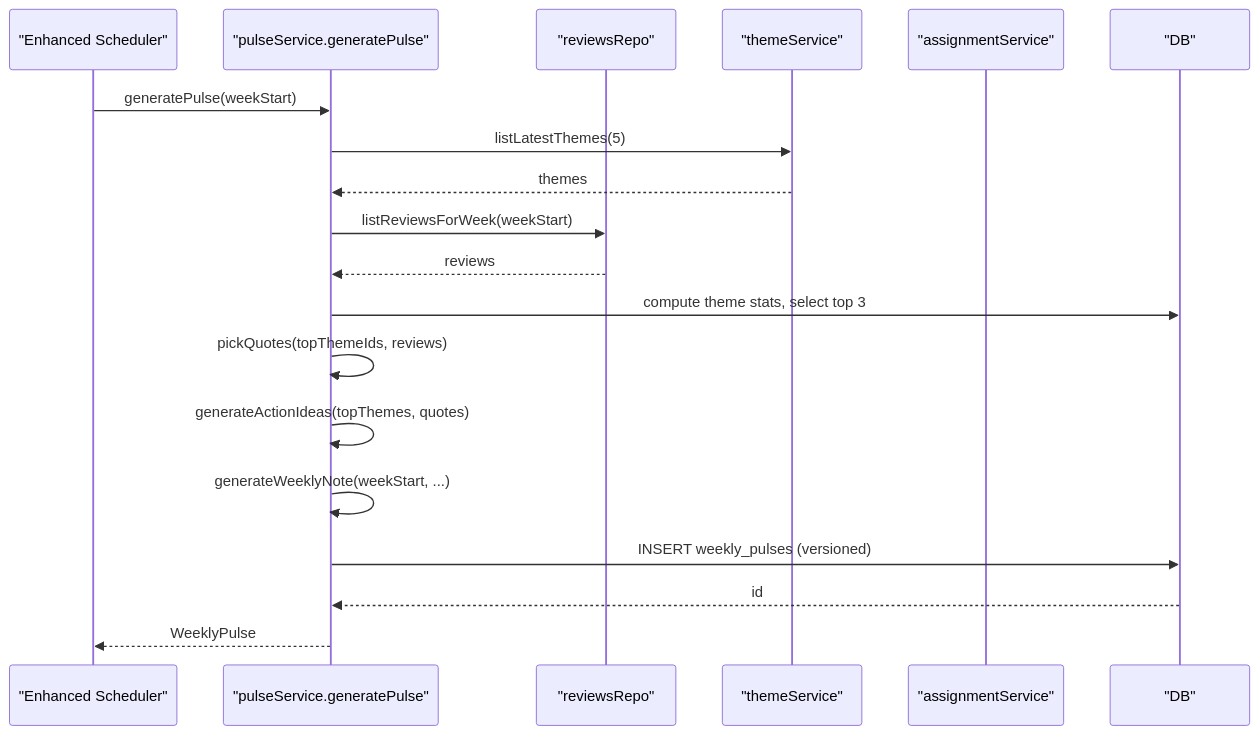
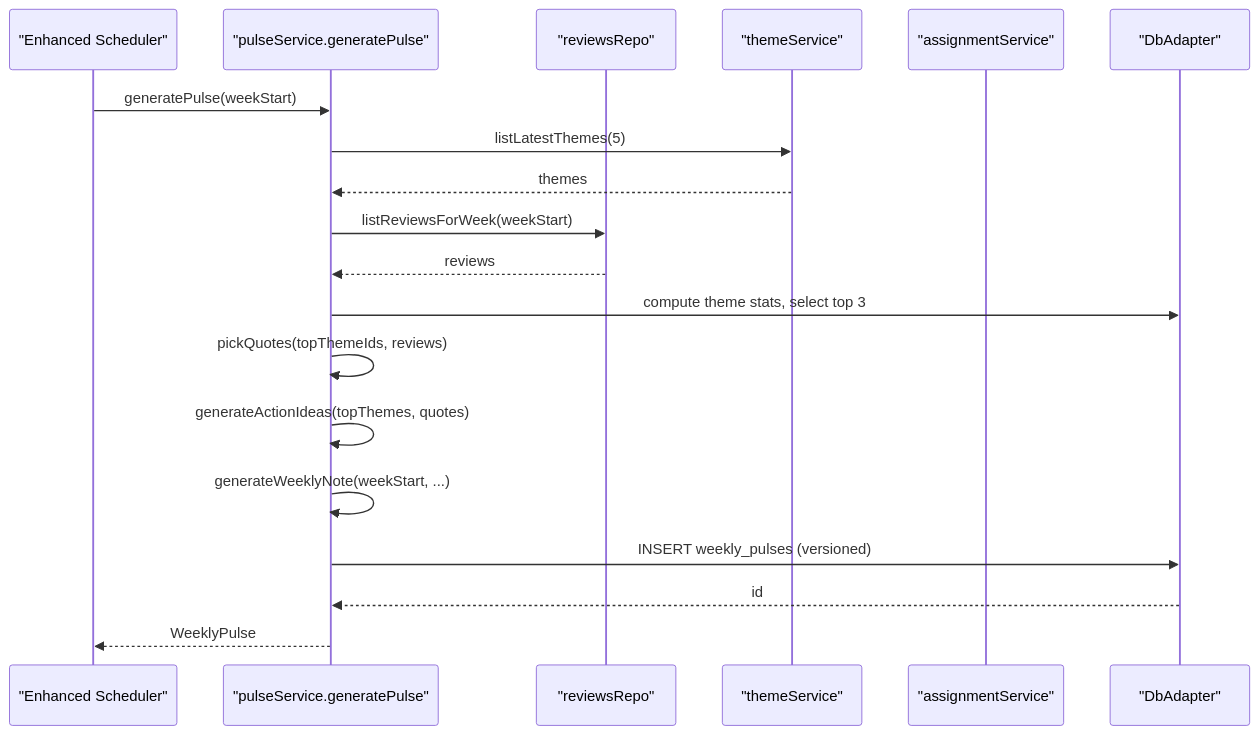
The fifth of 10 diagrams in .qoder/repowiki/en/content/Phase 2_ Advanced Analytics & Automation/Automated Job Scheduling.md (aravinthraj-ramalingam/Groww-App-Review-Insights-Analyzer-), drawn with Mermaid before and after one commit. The commit also changed other lines of this file and 10 other files, not shown here.

````diff
--- a/.qoder/repowiki/en/content/Phase 2_ Advanced Analytics & Automation/Automated Job Scheduling.md
+++ b/.qoder/repowiki/en/content/Phase 2_ Advanced Analytics & Automation/Automated Job Scheduling.md
@@ -299,21 +324,21 @@
 ```mermaid
 sequenceDiagram
 participant Caller as "Enhanced Scheduler"
 participant PS as "pulseService.generatePulse"
 participant TR as "reviewsRepo"
 participant TS as "themeService"
 participant AS as "assignmentService"
-participant DB as "DB"
+participant DB as "DbAdapter"
 Caller->>PS : generatePulse(weekStart)
 PS->>TS : listLatestThemes(5)
 TS-->>PS : themes
 PS->>TR : listReviewsForWeek(weekStart)
 TR-->>PS : reviews
 PS->>DB : compute theme stats, select top 3
 PS->>PS : pickQuotes(topThemeIds, reviews)
 PS->>PS : generateActionIdeas(topThemes, quotes)
 PS->>PS : generateWeeklyNote(weekStart, ...)
 PS->>DB : INSERT weekly_pulses (versioned)
 DB-->>PS : id
 PS-->>Caller : WeeklyPulse
 ```
````
